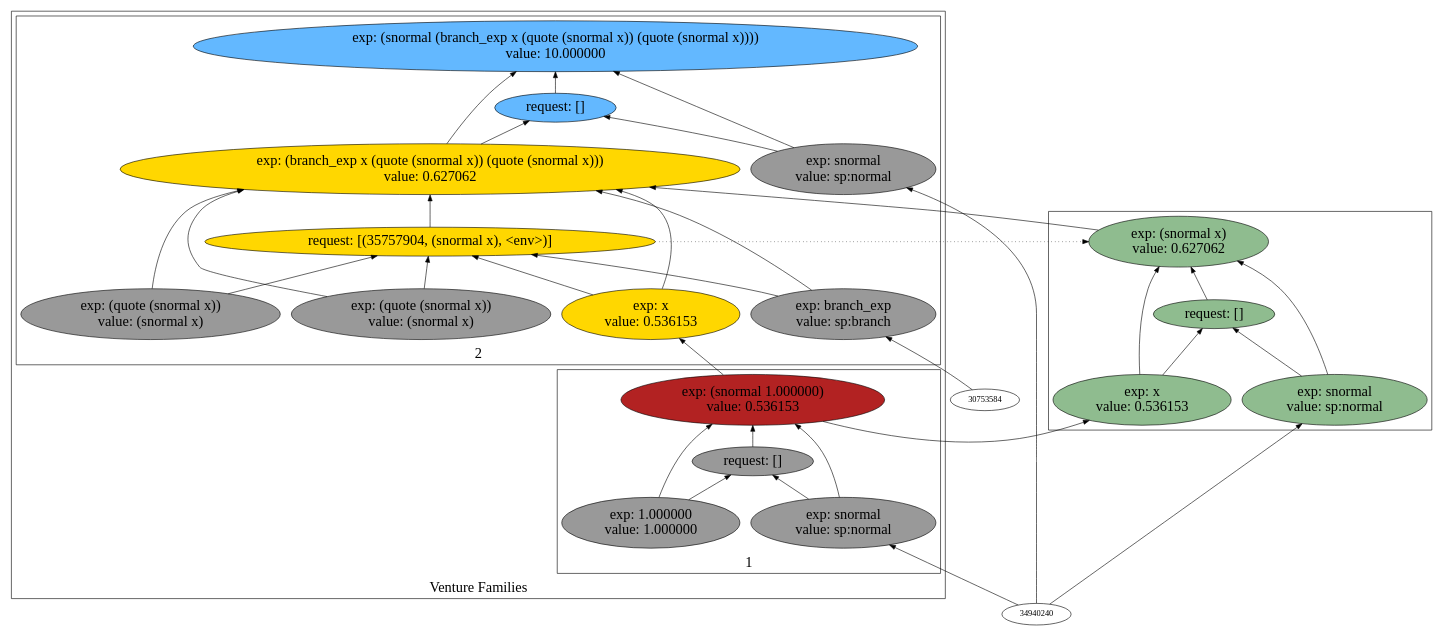
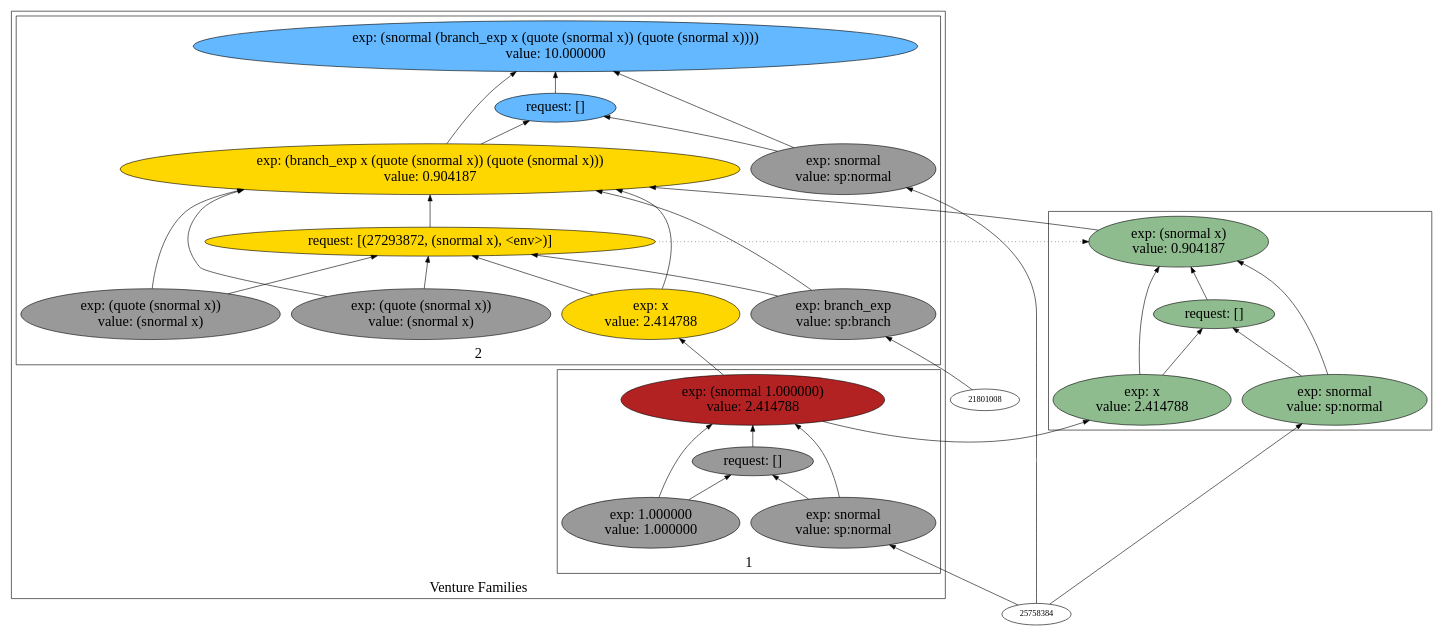
Before and after one commit to probcomp/Venturecxx: the diagram in backend/cxx/pdf_graphs/erg_to_drg/dot3.dot, drawn with Graphviz. The commit also changed 403 other files, not shown here.

```diff
--- a/backend/cxx/pdf_graphs/erg_to_drg/dot3.dot
+++ b/backend/cxx/pdf_graphs/erg_to_drg/dot3.dot
@@ -1,70 +1,70 @@
 digraph {
 rankdir=BT
 fontsize=24
 subgraph cluster1 {
 label="Venture Families"
 subgraph cluster2 {
 label="1"
-"36046160"["fillcolor"="firebrick" "fontsize"="24" "label"="exp: (snormal 1.000000)\nvalue: 0.536153" "shape"="ellipse" "style"="filled" ]
-"36008416"["fillcolor"="grey60" "fontsize"="24" "label"="request: []" "shape"="ellipse" "style"="filled" ]
-"36497008"["fillcolor"="grey60" "fontsize"="24" "label"="exp: snormal\nvalue: sp:normal" "shape"="ellipse" "style"="filled" ]
-"37145056"["fillcolor"="grey60" "fontsize"="24" "label"="exp: 1.000000\nvalue: 1.000000" "shape"="ellipse" "style"="filled" ]
+"26590768"["fillcolor"="firebrick" "fontsize"="24" "label"="exp: (snormal 1.000000)\nvalue: 2.414788" "shape"="ellipse" "style"="filled" ]
+"28026208"["fillcolor"="grey60" "fontsize"="24" "label"="request: []" "shape"="ellipse" "style"="filled" ]
+"26703216"["fillcolor"="grey60" "fontsize"="24" "label"="exp: snormal\nvalue: sp:normal" "shape"="ellipse" "style"="filled" ]
+"26840224"["fillcolor"="grey60" "fontsize"="24" "label"="exp: 1.000000\nvalue: 1.000000" "shape"="ellipse" "style"="filled" ]
 }
 
 subgraph cluster3 {
 label="2"
-"37194688"["fillcolor"="steelblue1" "fontsize"="24" "label"="exp: (snormal (branch_exp x (quote (snormal x)) (quote (snormal x))))\nvalue: 10.000000" "shape"="ellipse" "style"="filled" ]
-"35758960"["fillcolor"="steelblue1" "fontsize"="24" "label"="request: []" "shape"="ellipse" "style"="filled" ]
-"35031056"["fillcolor"="grey60" "fontsize"="24" "label"="exp: snormal\nvalue: sp:normal" "shape"="ellipse" "style"="filled" ]
-"35680080"["fillcolor"="gold" "fontsize"="24" "label"="exp: (branch_exp x (quote (snormal x)) (quote (snormal x)))\nvalue: 0.627062" "shape"="ellipse" "style"="filled" ]
-"35757904"["fillcolor"="gold" "fontsize"="24" "label"="request: [(35757904, (snormal x), <env>)]" "shape"="ellipse" "style"="filled" ]
-"35705920"["fillcolor"="grey60" "fontsize"="24" "label"="exp: branch_exp\nvalue: sp:branch" "shape"="ellipse" "style"="filled" ]
-"35204768"["fillcolor"="gold" "fontsize"="24" "label"="exp: x\nvalue: 0.536153" "shape"="ellipse" "style"="filled" ]
-"35488720"["fillcolor"="grey60" "fontsize"="24" "label"="exp: (quote (snormal x))\nvalue: (snormal x)" "shape"="ellipse" "style"="filled" ]
-"37468304"["fillcolor"="grey60" "fontsize"="24" "label"="exp: (quote (snormal x))\nvalue: (snormal x)" "shape"="ellipse" "style"="filled" ]
+"27877312"["fillcolor"="steelblue1" "fontsize"="24" "label"="exp: (snormal (branch_exp x (quote (snormal x)) (quote (snormal x))))\nvalue: 10.000000" "shape"="ellipse" "style"="filled" ]
+"27328816"["fillcolor"="steelblue1" "fontsize"="24" "label"="request: []" "shape"="ellipse" "style"="filled" ]
+"27976576"["fillcolor"="grey60" "fontsize"="24" "label"="exp: snormal\nvalue: sp:normal" "shape"="ellipse" "style"="filled" ]
+"25863072"["fillcolor"="gold" "fontsize"="24" "label"="exp: (branch_exp x (quote (snormal x)) (quote (snormal x)))\nvalue: 0.904187" "shape"="ellipse" "style"="filled" ]
+"27293872"["fillcolor"="gold" "fontsize"="24" "label"="request: [(27293872, (snormal x), <env>)]" "shape"="ellipse" "style"="filled" ]
+"26589712"["fillcolor"="grey60" "fontsize"="24" "label"="exp: branch_exp\nvalue: sp:branch" "shape"="ellipse" "style"="filled" ]
+"26586752"["fillcolor"="gold" "fontsize"="24" "label"="exp: x\nvalue: 2.414788" "shape"="ellipse" "style"="filled" ]
+"26320736"["fillcolor"="grey60" "fontsize"="24" "label"="exp: (quote (snormal x))\nvalue: (snormal x)" "shape"="ellipse" "style"="filled" ]
+"26496576"["fillcolor"="grey60" "fontsize"="24" "label"="exp: (quote (snormal x))\nvalue: (snormal x)" "shape"="ellipse" "style"="filled" ]
 }
 
 }
 
 subgraph cluster4 {
 label=""
-"37045760"["fillcolor"="darkseagreen" "fontsize"="24" "label"="exp: (snormal x)\nvalue: 0.627062" "shape"="ellipse" "style"="filled" ]
-"35754944"["fillcolor"="darkseagreen" "fontsize"="24" "label"="request: []" "shape"="ellipse" "style"="filled" ]
-"37256464"["fillcolor"="darkseagreen" "fontsize"="24" "label"="exp: snormal\nvalue: sp:normal" "shape"="ellipse" "style"="filled" ]
-"35060256"["fillcolor"="darkseagreen" "fontsize"="24" "label"="exp: x\nvalue: 0.536153" "shape"="ellipse" "style"="filled" ]
+"28087984"["fillcolor"="darkseagreen" "fontsize"="24" "label"="exp: (snormal x)\nvalue: 0.904187" "shape"="ellipse" "style"="filled" ]
+"26511888"["fillcolor"="darkseagreen" "fontsize"="24" "label"="request: []" "shape"="ellipse" "style"="filled" ]
+"25892272"["fillcolor"="darkseagreen" "fontsize"="24" "label"="exp: snormal\nvalue: sp:normal" "shape"="ellipse" "style"="filled" ]
+"26355216"["fillcolor"="darkseagreen" "fontsize"="24" "label"="exp: x\nvalue: 2.414788" "shape"="ellipse" "style"="filled" ]
 }
 
-"36497008" -> "36046160"["arrowhead"="normal" "color"="black" "constraint"="true" "style"="solid" ]
-"36497008" -> "36008416"["arrowhead"="normal" "color"="black" "constraint"="true" "style"="solid" ]
-"34940240" -> "36497008"["arrowhead"="normal" "color"="black" "constraint"="true" "style"="solid" ]
-"37145056" -> "36046160"["arrowhead"="normal" "color"="black" "constraint"="true" "style"="solid" ]
-"37145056" -> "36008416"["arrowhead"="normal" "color"="black" "constraint"="true" "style"="solid" ]
-"36008416" -> "36046160"["arrowhead"="normal" "color"="black" "constraint"="true" "style"="solid" ]
-"37256464" -> "37045760"["arrowhead"="normal" "color"="black" "constraint"="true" "style"="solid" ]
-"37256464" -> "35754944"["arrowhead"="normal" "color"="black" "constraint"="true" "style"="solid" ]
-"34940240" -> "37256464"["arrowhead"="normal" "color"="black" "constraint"="true" "style"="solid" ]
-"35060256" -> "37045760"["arrowhead"="normal" "color"="black" "constraint"="true" "style"="solid" ]
-"35060256" -> "35754944"["arrowhead"="normal" "color"="black" "constraint"="true" "style"="solid" ]
-"36046160" -> "35060256"["arrowhead"="normal" "color"="black" "constraint"="true" "style"="solid" ]
-"35754944" -> "37045760"["arrowhead"="normal" "color"="black" "constraint"="true" "style"="solid" ]
-"35031056" -> "37194688"["arrowhead"="normal" "color"="black" "constraint"="true" "style"="solid" ]
-"35031056" -> "35758960"["arrowhead"="normal" "color"="black" "constraint"="true" "style"="solid" ]
-"34940240" -> "35031056"["arrowhead"="normal" "color"="black" "constraint"="true" "style"="solid" ]
-"35680080" -> "37194688"["arrowhead"="normal" "color"="black" "constraint"="true" "style"="solid" ]
-"35680080" -> "35758960"["arrowhead"="normal" "color"="black" "constraint"="true" "style"="solid" ]
-"35705920" -> "35680080"["arrowhead"="normal" "color"="black" "constraint"="true" "style"="solid" ]
-"35705920" -> "35757904"["arrowhead"="normal" "color"="black" "constraint"="true" "style"="solid" ]
-"30753584" -> "35705920"["arrowhead"="normal" "color"="black" "constraint"="true" "style"="solid" ]
-"35204768" -> "35680080"["arrowhead"="normal" "color"="black" "constraint"="true" "style"="solid" ]
-"35204768" -> "35757904"["arrowhead"="normal" "color"="black" "constraint"="true" "style"="solid" ]
-"36046160" -> "35204768"["arrowhead"="normal" "color"="black" "constraint"="true" "style"="solid" ]
-"35488720" -> "35680080"["arrowhead"="normal" "color"="black" "constraint"="true" "style"="solid" ]
-"35488720" -> "35757904"["arrowhead"="normal" "color"="black" "constraint"="true" "style"="solid" ]
-"37468304" -> "35680080"["arrowhead"="normal" "color"="black" "constraint"="true" "style"="solid" ]
-"37468304" -> "35757904"["arrowhead"="normal" "color"="black" "constraint"="true" "style"="solid" ]
-"35757904" -> "35680080"["arrowhead"="normal" "color"="black" "constraint"="true" "style"="solid" ]
-"37045760" -> "35680080"["arrowhead"="normal" "color"="black" "constraint"="true" "style"="solid" ]
-"35757904" -> "37045760"["arrowhead"="normal" "color"="black" "constraint"="false" "style"="dotted" ]
-"35758960" -> "37194688"["arrowhead"="normal" "color"="black" "constraint"="true" "style"="solid" ]
+"26703216" -> "26590768"["arrowhead"="normal" "color"="black" "constraint"="true" "style"="solid" ]
+"26703216" -> "28026208"["arrowhead"="normal" "color"="black" "constraint"="true" "style"="solid" ]
+"25758384" -> "26703216"["arrowhead"="normal" "color"="black" "constraint"="true" "style"="solid" ]
+"26840224" -> "26590768"["arrowhead"="normal" "color"="black" "constraint"="true" "style"="solid" ]
+"26840224" -> "28026208"["arrowhead"="normal" "color"="black" "constraint"="true" "style"="solid" ]
+"28026208" -> "26590768"["arrowhead"="normal" "color"="black" "constraint"="true" "style"="solid" ]
+"27976576" -> "27877312"["arrowhead"="normal" "color"="black" "constraint"="true" "style"="solid" ]
+"27976576" -> "27328816"["arrowhead"="normal" "color"="black" "constraint"="true" "style"="solid" ]
+"25758384" -> "27976576"["arrowhead"="normal" "color"="black" "constraint"="true" "style"="solid" ]
+"25863072" -> "27877312"["arrowhead"="normal" "color"="black" "constraint"="true" "style"="solid" ]
+"25863072" -> "27328816"["arrowhead"="normal" "color"="black" "constraint"="true" "style"="solid" ]
+"26589712" -> "25863072"["arrowhead"="normal" "color"="black" "constraint"="true" "style"="solid" ]
+"26589712" -> "27293872"["arrowhead"="normal" "color"="black" "constraint"="true" "style"="solid" ]
+"21801008" -> "26589712"["arrowhead"="normal" "color"="black" "constraint"="true" "style"="solid" ]
+"26586752" -> "25863072"["arrowhead"="normal" "color"="black" "constraint"="true" "style"="solid" ]
+"26586752" -> "27293872"["arrowhead"="normal" "color"="black" "constraint"="true" "style"="solid" ]
+"26590768" -> "26586752"["arrowhead"="normal" "color"="black" "constraint"="true" "style"="solid" ]
+"26320736" -> "25863072"["arrowhead"="normal" "color"="black" "constraint"="true" "style"="solid" ]
+"26320736" -> "27293872"["arrowhead"="normal" "color"="black" "constraint"="true" "style"="solid" ]
+"26496576" -> "25863072"["arrowhead"="normal" "color"="black" "constraint"="true" "style"="solid" ]
+"26496576" -> "27293872"["arrowhead"="normal" "color"="black" "constraint"="true" "style"="solid" ]
+"27293872" -> "25863072"["arrowhead"="normal" "color"="black" "constraint"="true" "style"="solid" ]
+"28087984" -> "25863072"["arrowhead"="normal" "color"="black" "constraint"="true" "style"="solid" ]
+"27293872" -> "28087984"["arrowhead"="normal" "color"="black" "constraint"="false" "style"="dotted" ]
+"27328816" -> "27877312"["arrowhead"="normal" "color"="black" "constraint"="true" "style"="solid" ]
+"25892272" -> "28087984"["arrowhead"="normal" "color"="black" "constraint"="true" "style"="solid" ]
+"25892272" -> "26511888"["arrowhead"="normal" "color"="black" "constraint"="true" "style"="solid" ]
+"25758384" -> "25892272"["arrowhead"="normal" "color"="black" "constraint"="true" "style"="solid" ]
+"26355216" -> "28087984"["arrowhead"="normal" "color"="black" "constraint"="true" "style"="solid" ]
+"26355216" -> "26511888"["arrowhead"="normal" "color"="black" "constraint"="true" "style"="solid" ]
+"26590768" -> "26355216"["arrowhead"="normal" "color"="black" "constraint"="true" "style"="solid" ]
+"26511888" -> "28087984"["arrowhead"="normal" "color"="black" "constraint"="true" "style"="solid" ]
 
 }
```
